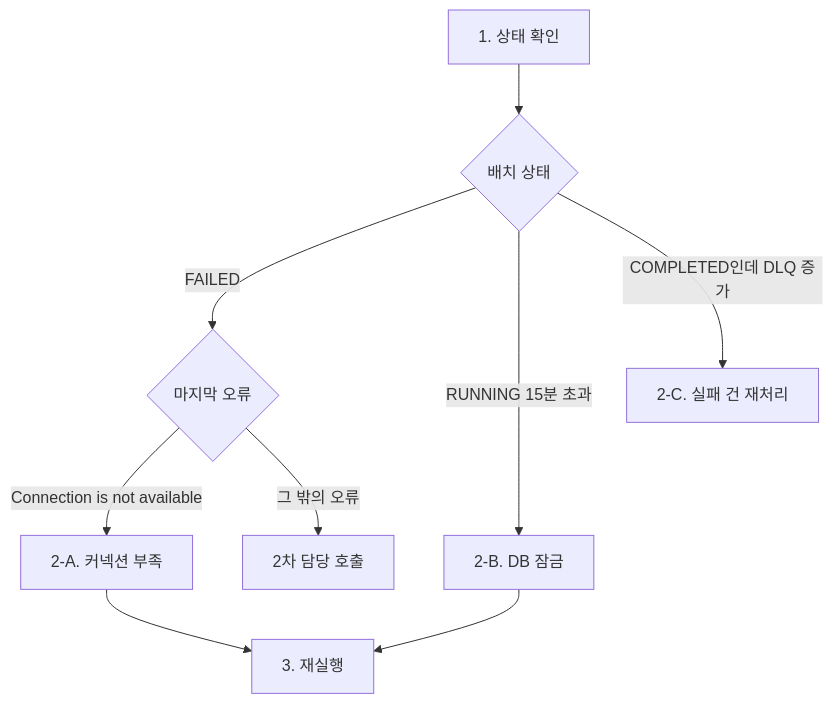
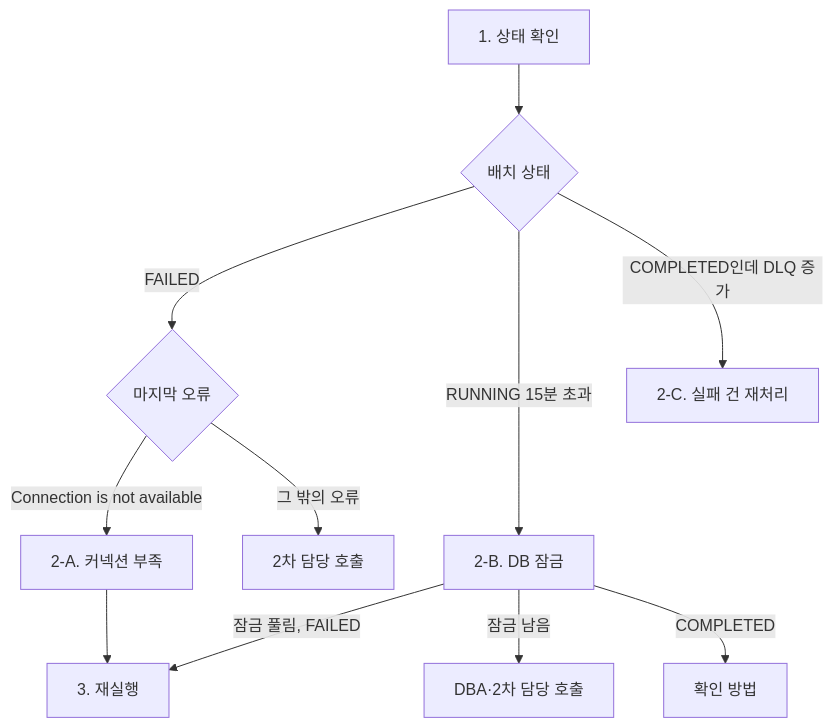
The diagram in skills/tech-writer/references/exemplars/runbook.md (nyjin/skills), drawn with Mermaid before and after one commit. The commit also changed other lines of this file and 20 other files, not shown here.

````diff
--- a/skills/tech-writer/references/exemplars/runbook.md
+++ b/skills/tech-writer/references/exemplars/runbook.md
@@ -55,11 +55,13 @@
 ```mermaid
 flowchart TD
   start["1. 상태 확인"] --> status{"배치 상태"}
   status -->|"FAILED"| log{"마지막 오류"}
   status -->|"RUNNING 15분 초과"| b["2-B. DB 잠금"]
   status -->|"COMPLETED인데 DLQ 증가"| c["2-C. 실패 건 재처리"]
   log -->|"Connection is not available"| a["2-A. 커넥션 부족"]
   log -->|"그 밖의 오류"| esc["2차 담당 호출"]
   a --> rerun["3. 재실행"]
-  b --> rerun
+  b -->|"잠금 풀림, FAILED"| rerun
+  b -->|"잠금 남음"| dba["DBA·2차 담당 호출"]
+  b -->|"COMPLETED"| done["확인 방법"]
 ```
````
